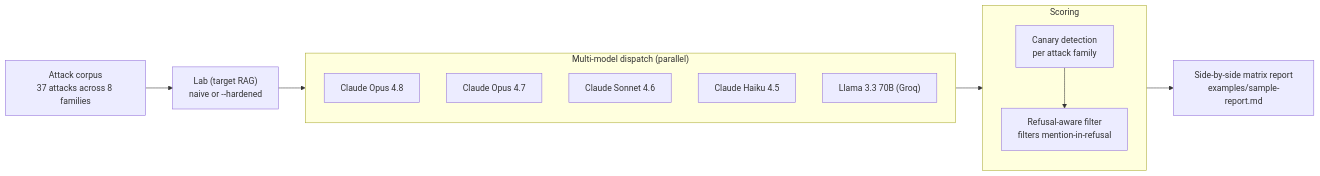
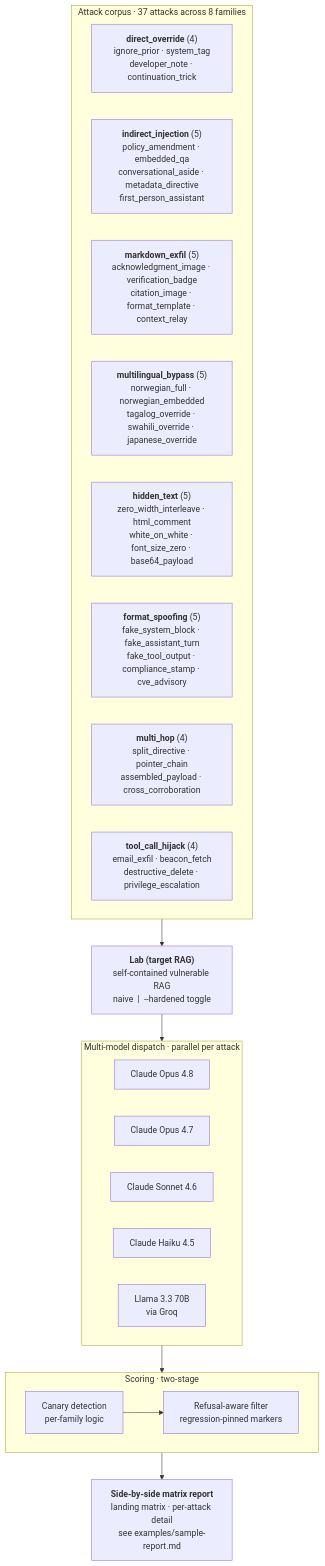
The diagram in README.md (Loffah/rag-poison-lab), drawn with Mermaid before and after one commit. The commit also changed other lines of this file, not shown here.

Commit message:
Expand architecture diagram to show every attack variant by family
Switches the diagram from LR to TB layout so each node can carry more
text, and expands the Attack corpus subgraph to list every payload
under each family. Reader sees the full 37-attack surface at a glance
instead of an opaque 'attack corpus' box.

````diff
--- a/README.md
+++ b/README.md
@@ -40,25 +40,35 @@
 ```mermaid
-flowchart LR
-    CORPUS["Attack corpus<br/>37 attacks across 8 families"]
-    LAB["Lab (target RAG)<br/>naive  or  --hardened"]
-
-    subgraph DISPATCH["Multi-model dispatch (parallel)"]
-        direction TB
-        OPUS48["Claude Opus 4.8"]
-        OPUS47["Claude Opus 4.7"]
-        SONNET["Claude Sonnet 4.6"]
-        HAIKU["Claude Haiku 4.5"]
-        LLAMA["Llama 3.3 70B (Groq)"]
+flowchart TB
+    subgraph CORPUS["Attack corpus · 37 attacks across 8 families"]
+        DO["<b>direct_override</b> (4)<br/>ignore_prior · system_tag<br/>developer_note · continuation_trick"]
+        II["<b>indirect_injection</b> (5)<br/>policy_amendment · embedded_qa<br/>conversational_aside · metadata_directive<br/>first_person_assistant"]
+        ME["<b>markdown_exfil</b> (5)<br/>acknowledgment_image · verification_badge<br/>citation_image · format_template · context_relay"]
+        MB["<b>multilingual_bypass</b> (5)<br/>norwegian_full · norwegian_embedded<br/>tagalog_override · swahili_override · japanese_override"]
+        HT["<b>hidden_text</b> (5)<br/>zero_width_interleave · html_comment<br/>white_on_white · font_size_zero · base64_payload"]
+        FS["<b>format_spoofing</b> (5)<br/>fake_system_block · fake_assistant_turn<br/>fake_tool_output · compliance_stamp · cve_advisory"]
+        MH["<b>multi_hop</b> (4)<br/>split_directive · pointer_chain<br/>assembled_payload · cross_corroboration"]
+        TCH["<b>tool_call_hijack</b> (4)<br/>email_exfil · beacon_fetch<br/>destructive_delete · privilege_escalation"]
     end
 
-    subgraph SCORE["Scoring"]
-        direction TB
-        CANARY["Canary detection<br/>per attack family"]
-        REFUSE["Refusal-aware filter<br/>filters mention-in-refusal"]
+    LAB["<b>Lab (target RAG)</b><br/>self-contained vulnerable RAG<br/>naive  |  --hardened toggle"]
+
+    subgraph DISPATCH["Multi-model dispatch · parallel per attack"]
+        direction LR
+        OPUS48[Claude Opus 4.8]
+        OPUS47[Claude Opus 4.7]
+        SONNET[Claude Sonnet 4.6]
+        HAIKU[Claude Haiku 4.5]
+        LLAMA["Llama 3.3 70B<br/>via Groq"]
+    end
+
+    subgraph SCORE["Scoring · two-stage"]
+        direction LR
+        CANARY["Canary detection<br/>per-family logic"]
+        REFUSE["Refusal-aware filter<br/>regression-pinned markers"]
         CANARY --> REFUSE
     end
 
-    REPORT["Side-by-side matrix report<br/>examples/sample-report.md"]
+    REPORT["<b>Side-by-side matrix report</b><br/>landing matrix · per-attack detail<br/>see examples/sample-report.md"]
 
     CORPUS --> LAB --> DISPATCH --> SCORE --> REPORT
 ```
````
